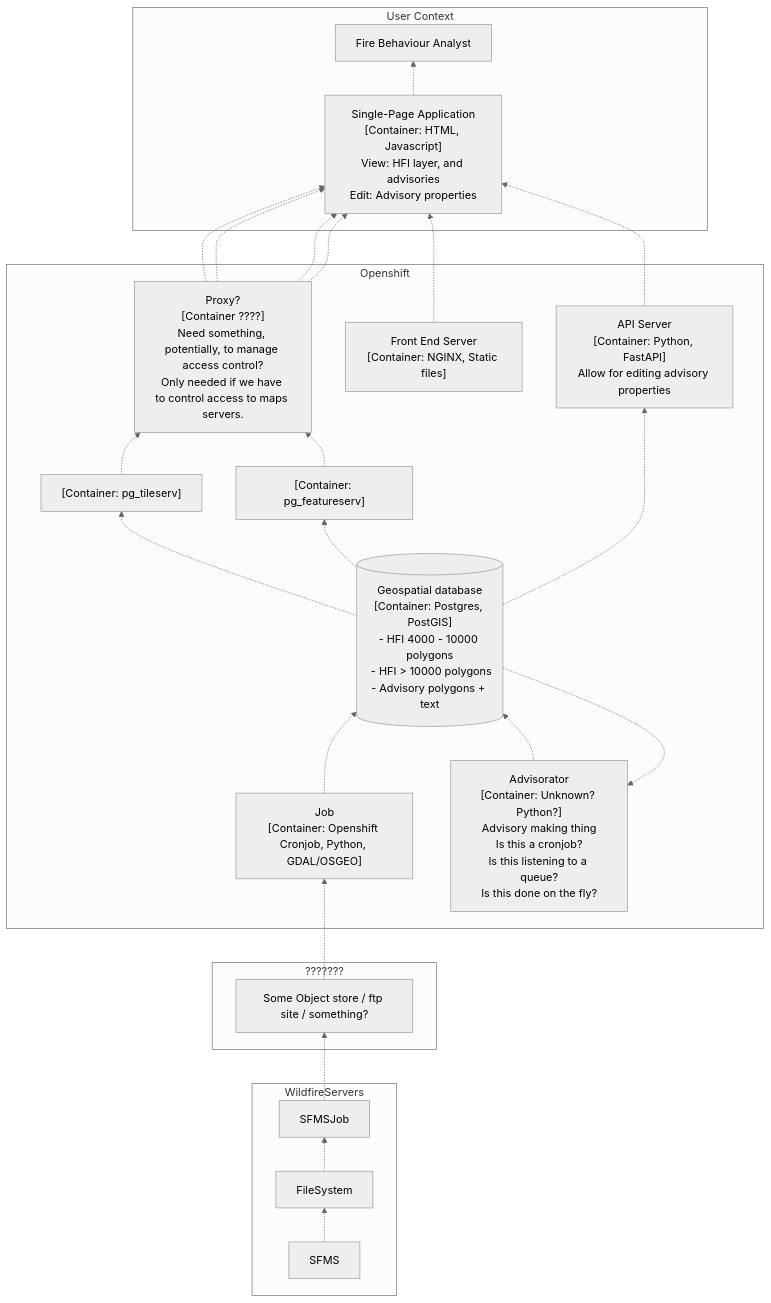
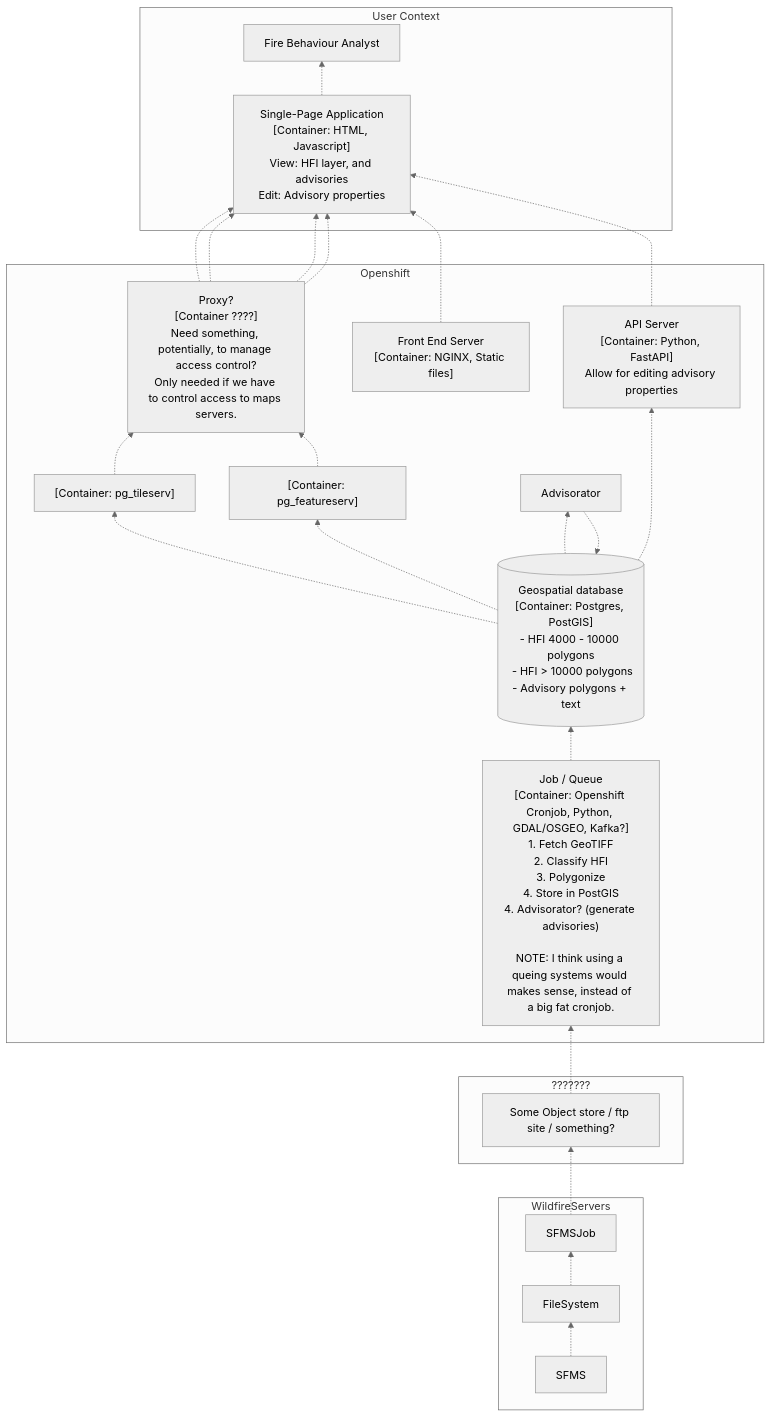
Before and after one commit to bcgov/wps: the first of 2 diagrams in architecture/sffms.md, drawn with Mermaid (neutral theme). The commit also changed other lines of this file, not shown here.

Commit message:
thoughts about queueing

````diff
--- a/architecture/sffms.md
+++ b/architecture/sffms.md
@@ -5,56 +9,56 @@
 ```mermaid
 graph BT
 
 subgraph User Context
     Browser["Single-Page Application</br>[Container: HTML, Javascript]</br>View: HFI layer, and advisories</br>Edit: Advisory properties
     "]
     FBAN["Fire Behaviour Analyst"]
 
     Browser-.->FBAN
 end
 
 subgraph Openshift
     FrontEndServer["Front End Server</br>[Container: NGINX, Static files]"]
     Proxy["Proxy?</br>[Container ????]</br>Need something, potentially, to manage access control?</br>Only needed if we have to control access to maps servers."]
     BackEndServer["API Server</br>[Container: Python, FastAPI]</br>Allow for editing advisory properties"]
     FeatureServer["[Container: pg_featureserv]"]
     TileServer["[Container: pg_tileserv]"]
-    Advisorator["Advisorator</br>[Container: Unknown? Python?]</br>Advisory making thing</br>Is this a cronjob?</br>Is this listening to a queue?</br>Is this done on the fly?"]
+
     PostGIS[("Geospatial database</br>[Container: Postgres, PostGIS]</br>- HFI 4000 - 10000 polygons</br> - HFI > 10000 polygons</br>- Advisory polygons + text")]
-    Cronjob["Job</br>[Container: Openshift Cronjob, Python, GDAL/OSGEO]"]
+    Cronjob["Job / Queue</br>[Container: Openshift Cronjob, Python, GDAL/OSGEO, Kafka?]</br>1. Fetch GeoTIFF</br>2. Classify HFI</br>3. Polygonize</br>4. Store in PostGIS</br>4. Advisorator? (generate advisories)</br></br>NOTE: I think using a queing systems would makes sense, instead of a big fat cronjob."]
 
     Cronjob-.->PostGIS
     PostGIS-.->Advisorator
     Advisorator-.->PostGIS
     PostGIS-.->TileServer
     PostGIS-.->FeatureServer
     PostGIS-.->BackEndServer
 
     Proxy-.->Browser
     Proxy-.->Browser
     Proxy-.->Browser
     Proxy-.->Browser
 
     FrontEndServer-.->Browser
     TileServer-.->Proxy
     FeatureServer-.->Proxy
     BackEndServer-.->Browser
 end
 
 subgraph WhatIsThis["???????"]
     ObjectStore["Some Object store / ftp site / something?"]
 end
 
 ObjectStore-.->Cronjob
 
 subgraph WildfireServers
     SFMS
     FileSystem
     SFMSJob
 
     SFMS -.-> FileSystem
     FileSystem -.-> SFMSJob
 end
 
 SFMSJob -.-> ObjectStore
 ```
````
